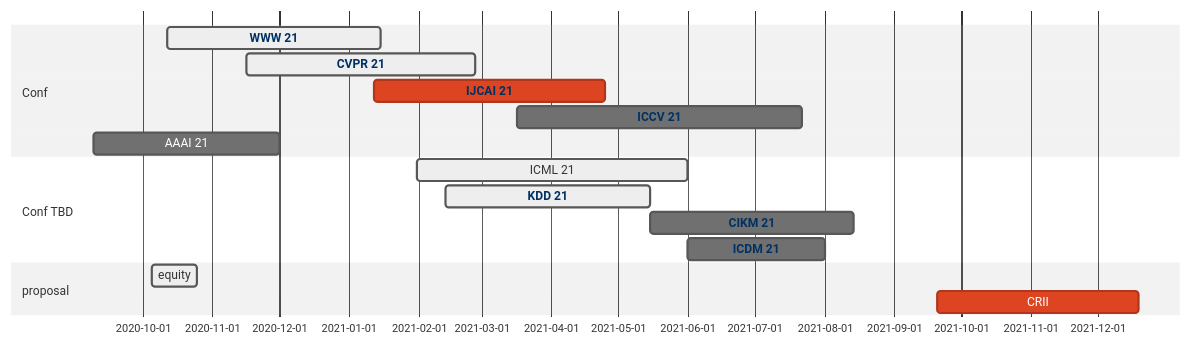
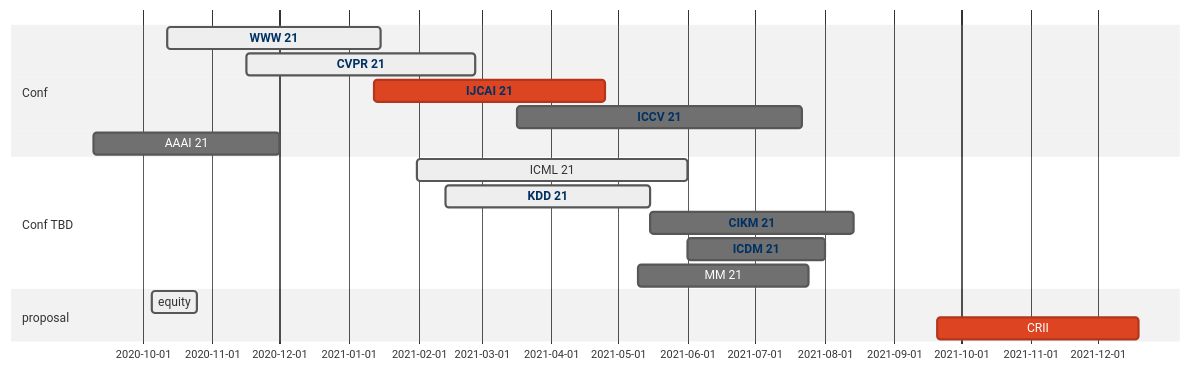
One commit to aquastar/academic-kickstart changed the diagram in content/post/conf/index.md. Above: the diagram before and after it, drawn with Mermaid (neutral theme).

````diff
--- a/content/post/conf/index.md
+++ b/content/post/conf/index.md
@@ -16,29 +16,30 @@
 ```mermaid
 gantt
   dateFormat  MM/DD/YY
   section Conf
     WWW 21 :active, www, 10/12/20, 01/15/21
     CVPR 21 :active, cvpr, 11/16/20, 02/26/21
     IJCAI 21 :crit, ijcai, 01/12/21, 04/25/21
     ICCV 21 :iccv, 03/17/21, 07/22/21
     AAAI 21 :aaai, 09/09/20, 12/01/20
   section Conf TBD
     ICML 21:active, icml, 01/31/21, 06/01/21
     KDD 21:active, kdd, 02/13/21, 05/15/21
     CIKM 21:cikm, 05/15/21, 08/14/21
     ICDM 21:icdm, 06/01/21, 08/01/21
+    MM 21:mm, 05/10/21, 07/25/21
   section proposal
     equity: active, msu, 10/05/20, 20d
     CRII: crit, crii, 09/20/21, 90d 
 
   click cvpr href "http://cvpr2021.thecvf.com/"
   click iccv href "http://iccv2021.thecvf.com/"
   click icmk href "https://mermaidjs.github.io/"
   click ijcai href "http://www.ijcai-21.org/"
   click kdd href "http://www.kdd.org/kdd2021"
   click www href "https://www2021.thewebconf.org/"
   click cikm href "https://www.cikm2021.org/"
   click icdm href "http://icdm2021.bigke.org"
   click cirr href "https://www.nsf.gov/funding/pgm_summ.jsp?pims_id=504952"
 
 ```
````
